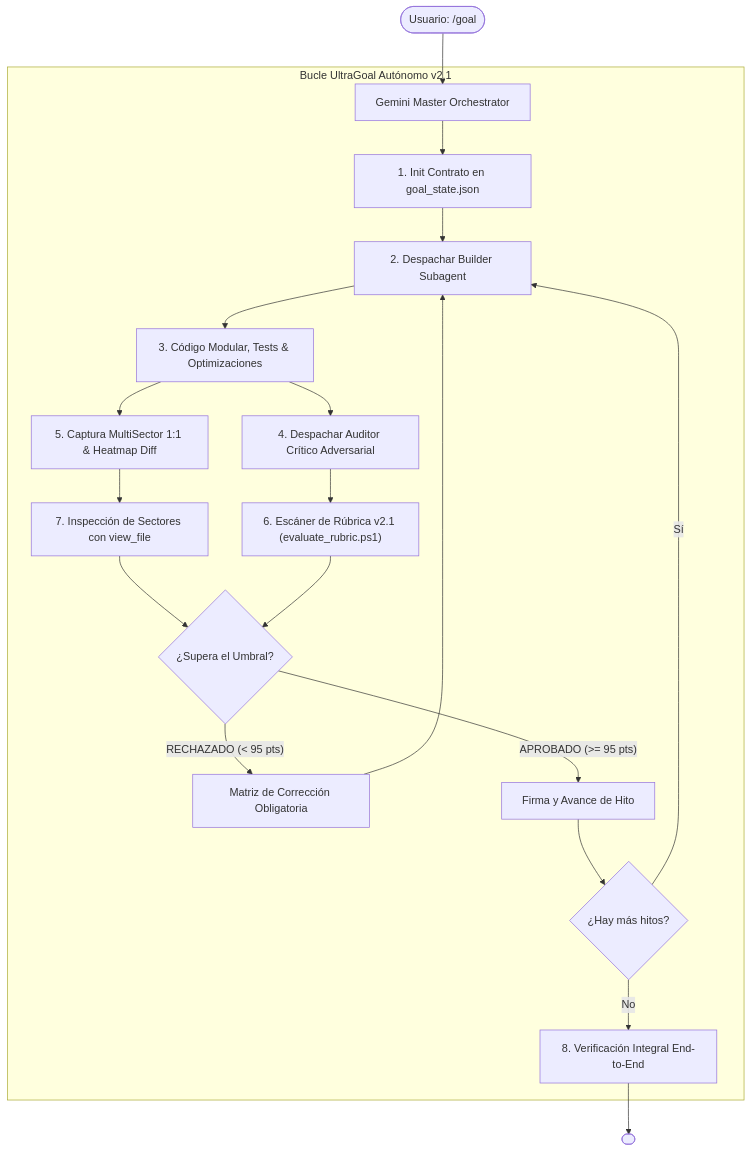
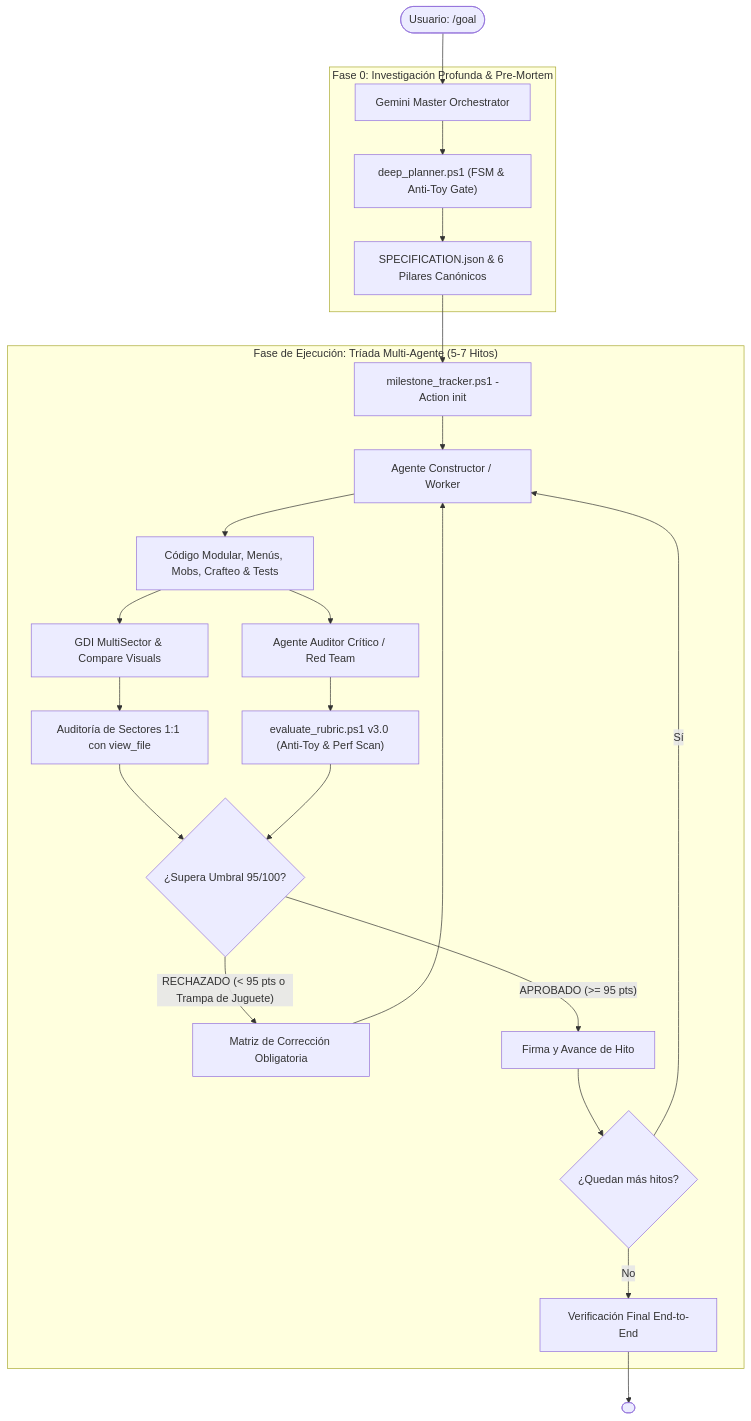
The diagram in SKILL.md (BryanGM12/antigravity-ultra-goal), drawn with Mermaid before and after one commit. The commit also changed other lines of this file and 5 other files, not shown here.

Commit message:
feat(v3.0.0): implement Deep Domain Planner (deep_planner), Anti-Toy Pre-Mortem Gate, and 6 Canonical Engineering Pillars

````diff
--- a/SKILL.md
+++ b/SKILL.md
@@ -70,29 +64,34 @@
 ```mermaid
 graph TD
-    User([Usuario: /goal <objetivo>]) --> Orchestrator[Gemini Master Orchestrator]
+    User([Usuario: /goal <objetivo>]) --> Master[Gemini Master Orchestrator]
     
-    subgraph "Bucle UltraGoal Autónomo v2.1"
-        Orchestrator --> State[1. Init Contrato en goal_state.json]
-        State --> Worker[2. Despachar Builder Subagent]
-        Worker --> Code[3. Código Modular, Tests & Optimizaciones]
+    subgraph "Fase 0: Investigación Profunda & Pre-Mortem"
+        Master --> DeepPlan["deep_planner.ps1 (FSM & Anti-Toy Gate)"]
+        DeepPlan --> Spec["SPECIFICATION.json & 6 Pilares Canónicos"]
+    end
+    
+    subgraph "Fase de Ejecución: Tríada Multi-Agente (5-7 Hitos)"
+        Spec --> StateInit[milestone_tracker.ps1 -Action init]
+        StateInit --> Builder[Agente Constructor / Worker]
+        Builder --> Deliverable[Código Modular, Menús, Mobs, Crafteo & Tests]
         
-        Code --> Auditor[4. Despachar Auditor Crítico Adversarial]
-        Code --> Vision[5. Captura MultiSector 1:1 & Heatmap Diff]
+        Deliverable --> Auditor[Agente Auditor Crítico / Red Team]
+        Deliverable --> Vision[GDI MultiSector & Compare Visuals]
         
-        Auditor --> Rubric["6. Escáner de Rúbrica v2.1 (evaluate_rubric.ps1)"]
-        Vision --> SectorInspection["7. Inspección de Sectores con view_file"]
+        Auditor --> Rubric["evaluate_rubric.ps1 v3.0 (Anti-Toy & Perf Scan)"]
+        Vision --> SectorInspection["Auditoría de Sectores 1:1 con view_file"]
         
-        SectorInspection --> QualityGate{¿Supera el Umbral?}
+        SectorInspection --> QualityGate{¿Supera Umbral 95/100?}
         Rubric --> QualityGate
         
-        QualityGate -- "RECHAZADO (< 95 pts)" --> Remediation[Matriz de Corrección Obligatoria]
-        Remediation --> Worker
+        QualityGate -- "RECHAZADO (< 95 pts o Trampa de Juguete)" --> Remediation[Matriz de Corrección Obligatoria]
+        Remediation --> Builder
         
         QualityGate -- "APROBADO (>= 95 pts)" --> Advance[Firma y Avance de Hito]
-        Advance --> More{¿Hay más hitos?}
-        More -- Sí --> Worker
-        More -- No --> EndToEnd[8. Verificación Integral End-to-End]
+        Advance --> Next{¿Quedan más hitos?}
+        Next -- Sí --> Builder
+        Next -- No --> EndToEnd[Verificación Final End-to-End]
     end
     
     EndToEnd --> Complete([<!-- GOAL_COMPLETE -->])
 ```
````
